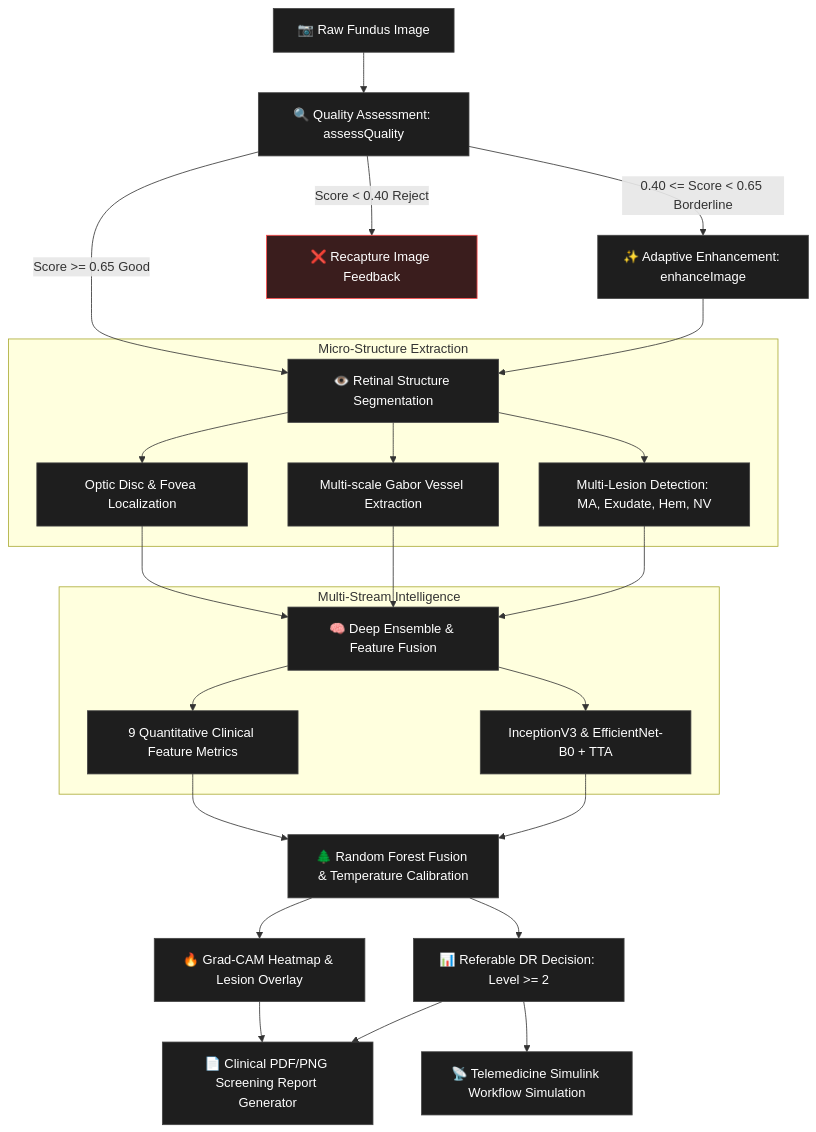
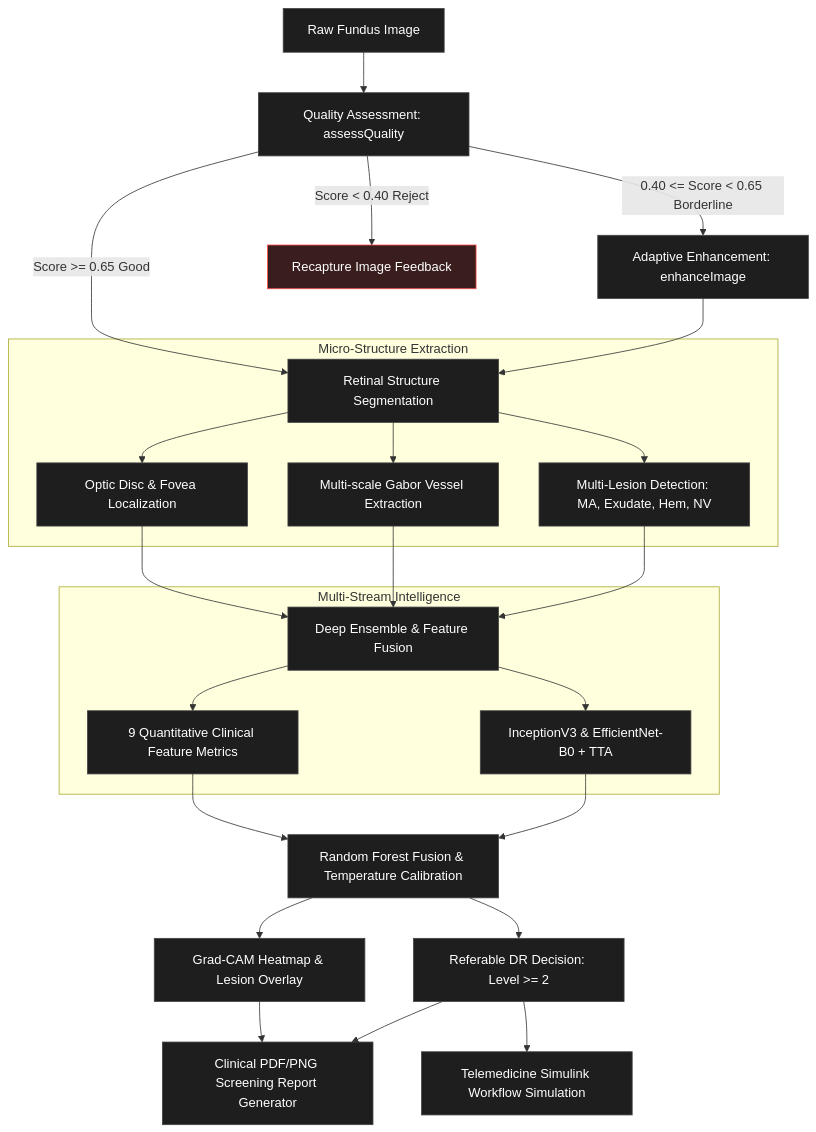
Before and after one commit to SudarshanSingh1/DR-Screening-System: the third of 3 diagrams in README.md, drawn with Mermaid.

Commit message:
Remove emojis from README flowchart

````diff
--- a/README.md
+++ b/README.md
@@ -160,44 +160,44 @@
 ```mermaid
 flowchart TD
-    A[📷 Raw Fundus Image] --> B[🔍 Quality Assessment: assessQuality]
+    A[ Raw Fundus Image] --> B[ Quality Assessment: assessQuality]
     
-    B -- "0.40 <= Score < 0.65 Borderline" --> C[✨ Adaptive Enhancement: enhanceImage]
-    B -- "Score < 0.40 Reject" --> D[❌ Recapture Image Feedback]
+    B -- "0.40 <= Score < 0.65 Borderline" --> C[ Adaptive Enhancement: enhanceImage]
+    B -- "Score < 0.40 Reject" --> D[ Recapture Image Feedback]
     B -- "Score >= 0.65 Good" --> E
     
     C --> E
     
     subgraph Micro-Structure Extraction
-        E[👁️ Retinal Structure Segmentation]
+        E[ Retinal Structure Segmentation]
         E --> F[Optic Disc & Fovea Localization]
         E --> G[Multi-scale Gabor Vessel Extraction]
         E --> H[Multi-Lesion Detection: MA, Exudate, Hem, NV]
     end
     
     F --> I
     G --> I
     H --> I
     
     subgraph Multi-Stream Intelligence
-        I[🧠 Deep Ensemble & Feature Fusion]
+        I[ Deep Ensemble & Feature Fusion]
         I --> J[9 Quantitative Clinical Feature Metrics]
         I --> K[InceptionV3 & EfficientNet-B0 + TTA]
     end
     
     J --> L
     K --> L
     
-    L[🌲 Random Forest Fusion & Temperature Calibration]
+    L[ Random Forest Fusion & Temperature Calibration]
     
-    L --> M[🔥 Grad-CAM Heatmap & Lesion Overlay]
-    L --> N[📊 Referable DR Decision: Level >= 2]
+    L --> M[ Grad-CAM Heatmap & Lesion Overlay]
+    L --> N[ Referable DR Decision: Level >= 2]
     
-    M --> O[📄 Clinical PDF/PNG Screening Report Generator]
+    M --> O[ Clinical PDF/PNG Screening Report Generator]
     N --> O
-    N --> P[📡 Telemedicine Simulink Workflow Simulation]
+    N --> P[ Telemedicine Simulink Workflow Simulation]
     
     classDef default fill:#1e1e1e,stroke:#444,stroke-width:1px,color:#fff
     classDef reject fill:#3a1d1d,stroke:#ff4d4d,color:#fff
     
     class D reject
 ```
````
